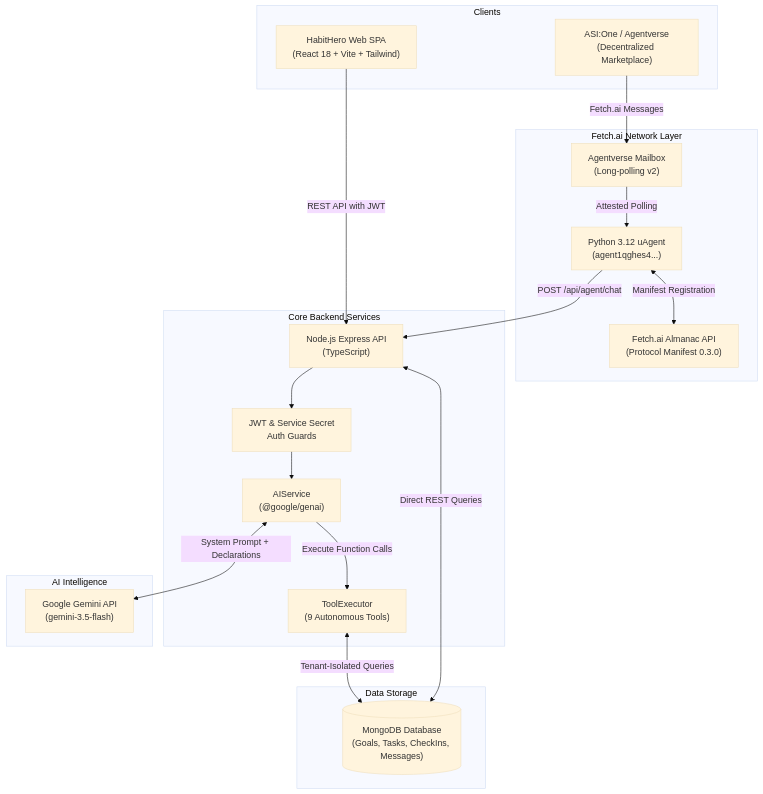
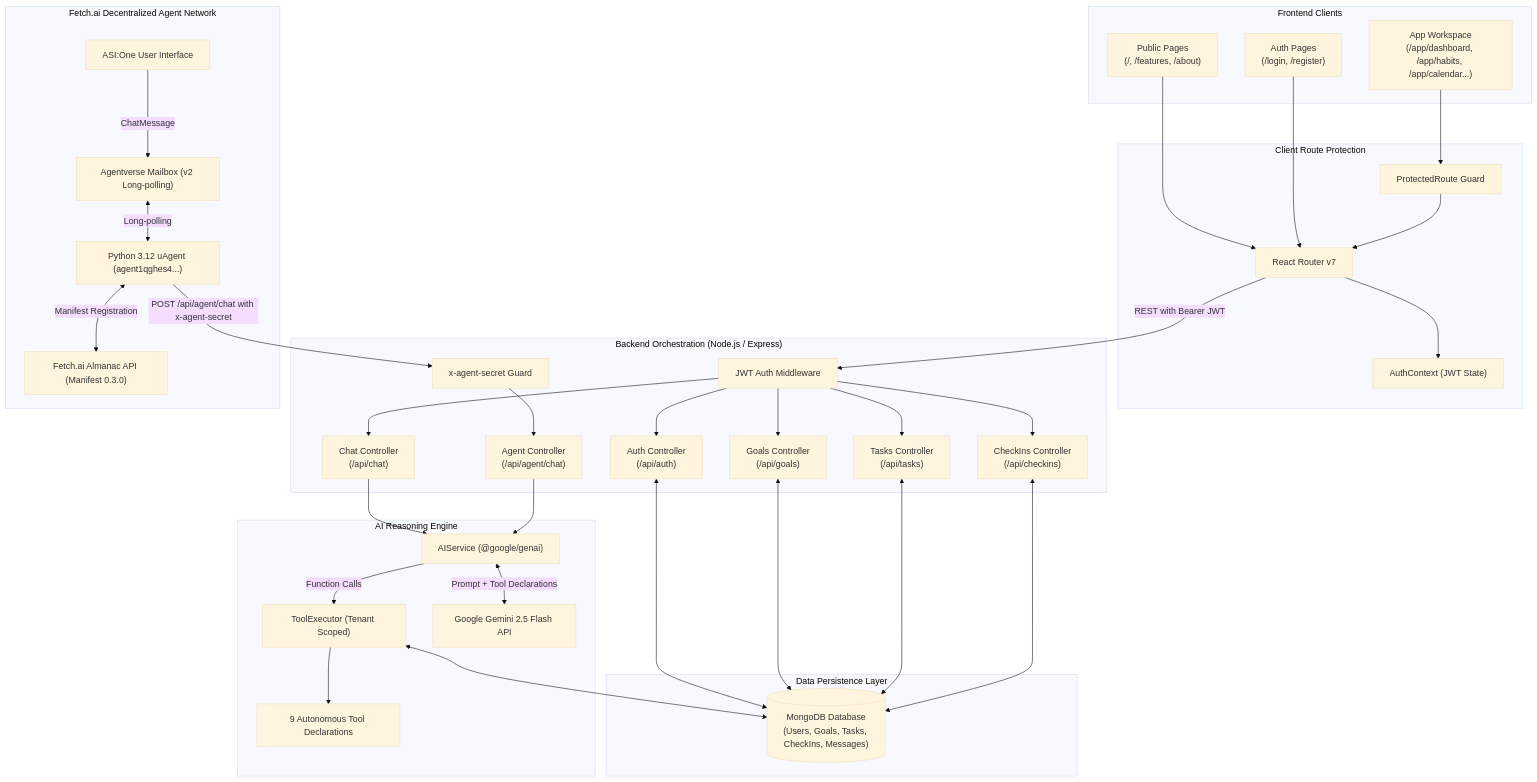
Before and after one commit to manish23092003/habithero-agent: the diagram in README.md, drawn with Mermaid (base theme). The commit also changed other lines of this file and 9 other files, not shown here.

Commit message:
docs: update README with new SaaS UI and architecture

````diff
--- a/README.md
+++ b/README.md
@@ -85,41 +158,79 @@
 ```mermaid
-graph TD
-    subgraph "Clients"
-        Web["HabitHero Web SPA<br/>(React 18 + Vite + Tailwind)"]
-        ASI["ASI:One / Agentverse<br/>(Decentralized Marketplace)"]
+flowchart TD
+    subgraph Clients["Frontend Clients"]
+        PublicPages["Public Pages<br/>(/, /features, /about)"]
+        AuthPages["Auth Pages<br/>(/login, /register)"]
+        AppWorkspace["App Workspace<br/>(/app/dashboard, /app/habits, /app/calendar...)"]
     end
 
-    subgraph "Fetch.ai Network Layer"
-        uAgent["Python 3.12 uAgent<br/>(agent1qghes4...)"]
-        Mailbox["Agentverse Mailbox<br/>(Long-polling v2)"]
-        Almanac["Fetch.ai Almanac API<br/>(Protocol Manifest 0.3.0)"]
+    subgraph RouterGuards["Client Route Protection"]
+        Router["React Router v7"]
+        AuthCtx["AuthContext (JWT State)"]
+        ProtRoute["ProtectedRoute Guard"]
     end
 
-    subgraph "Core Backend Services"
-        API["Node.js Express API<br/>(TypeScript)"]
-        Auth["JWT & Service Secret<br/>Auth Guards"]
-        ToolEngine["ToolExecutor<br/>(9 Autonomous Tools)"]
-        AIService["AIService<br/>(@google/genai)"]
+    subgraph BackendAPI["Backend Orchestration (Node.js / Express)"]
+        JWTMiddleware["JWT Auth Middleware"]
+        AgentSecretMiddleware["x-agent-secret Guard"]
+        
+        AuthCtrl["Auth Controller<br/>(/api/auth)"]
+        GoalsCtrl["Goals Controller<br/>(/api/goals)"]
+        TasksCtrl["Tasks Controller<br/>(/api/tasks)"]
+        CheckInsCtrl["CheckIns Controller<br/>(/api/checkins)"]
+        ChatCtrl["Chat Controller<br/>(/api/chat)"]
+        AgentCtrl["Agent Controller<br/>(/api/agent/chat)"]
     end
 
-    subgraph "AI Intelligence"
-        Gemini["Google Gemini API<br/>(gemini-3.5-flash)"]
+    subgraph AIServiceLayer["AI Reasoning Engine"]
+        GeminiService["AIService (@google/genai)"]
+        ToolRegistry["9 Autonomous Tool Declarations"]
+        ToolExecutor["ToolExecutor (Tenant Scoped)"]
+        GeminiFlash["Google Gemini 2.5 Flash API"]
     end
 
-    subgraph "Data Storage"
-        Mongo[("MongoDB Database<br/>(Goals, Tasks, CheckIns, Messages)")]
+    subgraph FetchAINetwork["Fetch.ai Decentralized Agent Network"]
+        ASI["ASI:One User Interface"]
+        Mailbox["Agentverse Mailbox (v2 Long-polling)"]
+        uAgent["Python 3.12 uAgent (agent1qghes4...)"]
+        Almanac["Fetch.ai Almanac API (Manifest 0.3.0)"]
     end
 
-    Web -->|REST API with JWT| API
-    ASI -->|Fetch.ai Messages| Mailbox
-    Mailbox -->|Attested Polling| uAgent
+    subgraph DataTier["Data Persistence Layer"]
+        MongoDB[("MongoDB Database<br/>(Users, Goals, Tasks, CheckIns, Messages)")]
+    end
+
+    %% Client Routing Connections
+    PublicPages --> Router
+    AuthPages --> Router
+    AppWorkspace --> ProtRoute --> Router
+    Router --> AuthCtx
+
+    %% API REST Connections
+    Router -->|REST with Bearer JWT| JWTMiddleware
+    JWTMiddleware --> AuthCtrl
+    JWTMiddleware --> GoalsCtrl
+    JWTMiddleware --> TasksCtrl
+    JWTMiddleware --> CheckInsCtrl
+    JWTMiddleware --> ChatCtrl
+
+    %% Fetch.ai Agent Connections
+    ASI -->|ChatMessage| Mailbox
+    Mailbox <-->|Long-polling| uAgent
     uAgent <-->|Manifest Registration| Almanac
-    uAgent -->|POST /api/agent/chat| API
+    uAgent -->|POST /api/agent/chat with x-agent-secret| AgentSecretMiddleware
+    AgentSecretMiddleware --> AgentCtrl
 
-    API --> Auth
-    Auth --> AIService
-    AIService <-->|System Prompt + Declarations| Gemini
-    AIService -->|Execute Function Calls| ToolEngine
-    ToolEngine <-->|Tenant-Isolated Queries| Mongo
-    API <-->|Direct REST Queries| Mongo
+    %% AI Tool Execution
+    ChatCtrl --> GeminiService
+    AgentCtrl --> GeminiService
+    GeminiService <-->|Prompt + Tool Declarations| GeminiFlash
+    GeminiService -->|Function Calls| ToolExecutor
+    ToolExecutor --> ToolRegistry
+
+    %% Data Tier Connections
+    AuthCtrl <--> MongoDB
+    GoalsCtrl <--> MongoDB
+    TasksCtrl <--> MongoDB
+    CheckInsCtrl <--> MongoDB
+    ToolExecutor <--> MongoDB
 ```
````
